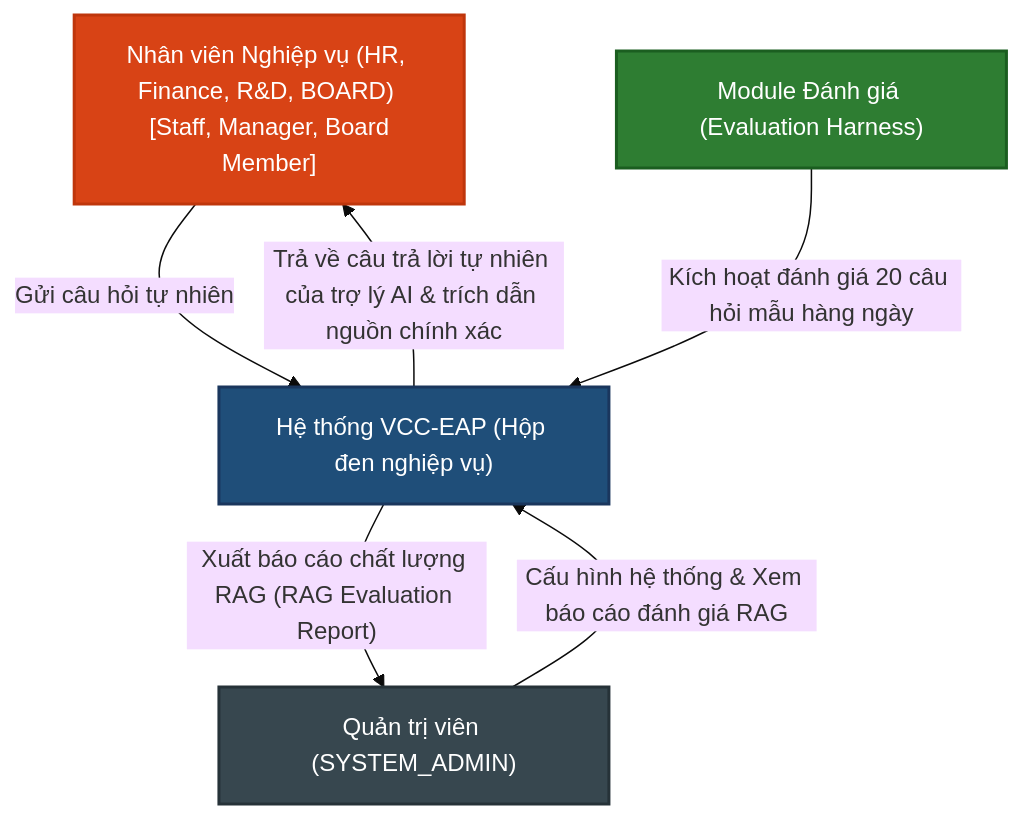
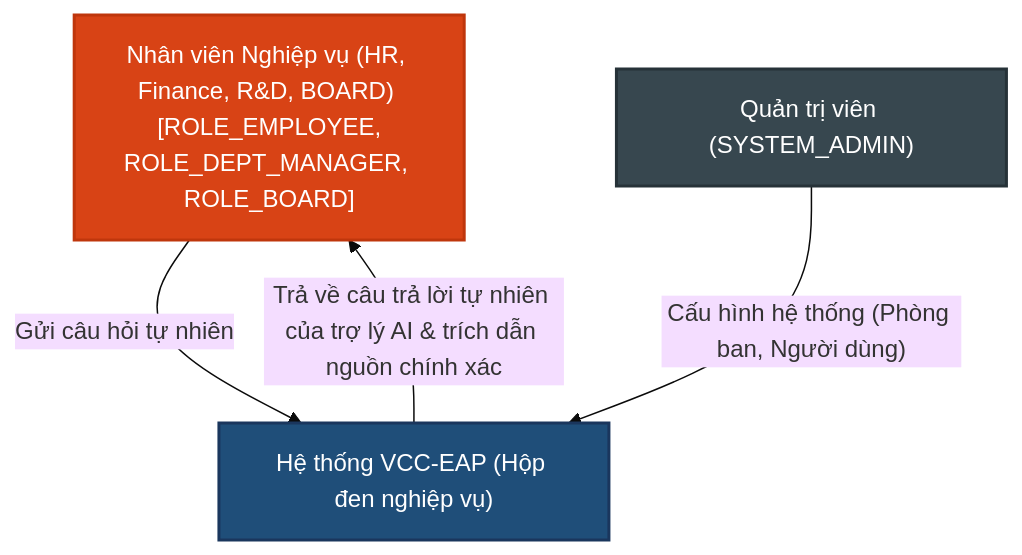
The diagram in eap/docs/week5/PRD.md (thanhhuong1523/enterprise-ai-systems), drawn with Mermaid (base theme) before and after one commit. The commit also changed other lines of this file and 2 other files, not shown here.

````diff
--- a/eap/docs/week5/PRD.md
+++ b/eap/docs/week5/PRD.md
@@ -64,14 +62,11 @@
 ```mermaid
 graph TD
-    Employee["Nhân viên Nghiệp vụ (HR, Finance, R&D, BOARD) <br> [Staff, Manager, Board Member]"] -- "Gửi câu hỏi tự nhiên" --> EAP["Hệ thống VCC-EAP (Hộp đen nghiệp vụ)"]
-    SysAdmin["Quản trị viên (SYSTEM_ADMIN)"] -- "Cấu hình hệ thống & Xem báo cáo đánh giá RAG" --> EAP
-    Evaluator["Module Đánh giá (Evaluation Harness)"] -- "Kích hoạt đánh giá 20 câu hỏi mẫu hàng ngày" --> EAP
+    Employee["Nhân viên Nghiệp vụ (HR, Finance, R&D, BOARD) <br> [ROLE_EMPLOYEE, ROLE_DEPT_MANAGER, ROLE_BOARD]"] -- "Gửi câu hỏi tự nhiên" --> EAP["Hệ thống VCC-EAP (Hộp đen nghiệp vụ)"]
+    SysAdmin["Quản trị viên (SYSTEM_ADMIN)"] -- "Cấu hình hệ thống (Phòng ban, Người dùng)" --> EAP
     
     EAP -- "Trả về câu trả lời tự nhiên của trợ lý AI & trích dẫn nguồn chính xác" --> Employee
-    EAP -- "Xuất báo cáo chất lượng RAG (RAG Evaluation Report)" --> SysAdmin
 
     style EAP fill:#1F4E79,stroke:#1A365D,stroke-width:2px,color:#FFFFFF
     style Employee fill:#D84315,stroke:#BF360C,stroke-width:2px,color:#FFFFFF
     style SysAdmin fill:#37474F,stroke:#263238,stroke-width:2px,color:#FFFFFF
-    style Evaluator fill:#2E7D32,stroke:#1B5E20,stroke-width:2px,color:#FFFFFF
 ```
````
